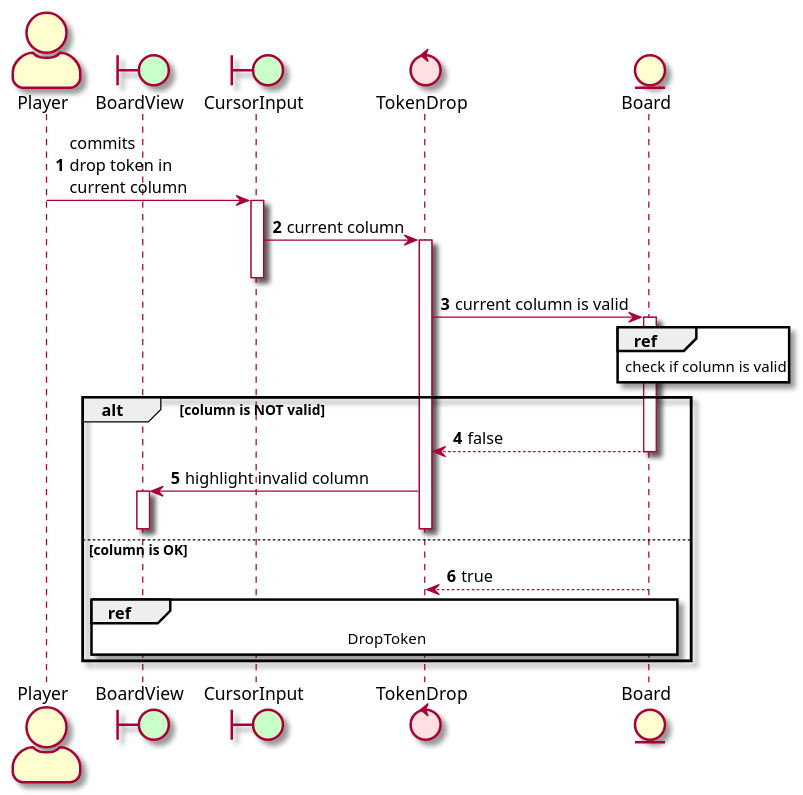
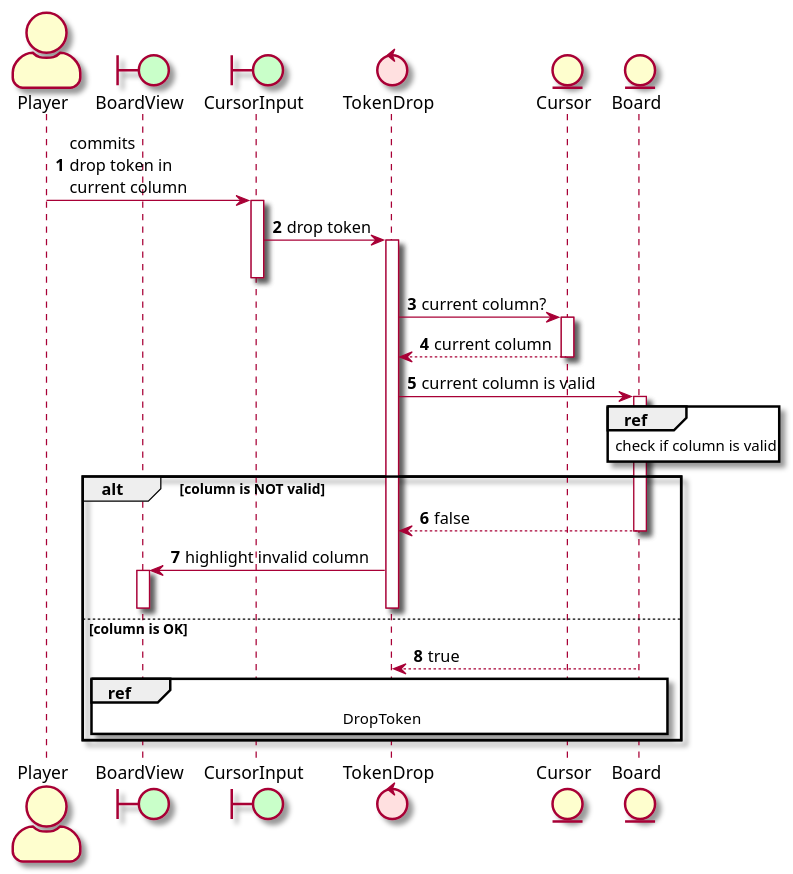
The diagram in Assets/Connect4/Documentation~/DropToken.puml (RicardoGuzmanVelasco/TDDpraxis), drawn with PlantUML before and after one commit. The commit also changed 4 other files, not shown here.

Commit message:
docs: update diagrams to include new cursor abstraction

```diff
--- a/Assets/Connect4/Documentation~/DropToken.puml
+++ b/Assets/Connect4/Documentation~/DropToken.puml
@@ -1,31 +1,34 @@
 @startuml
 skin rose
 skinparam actorstyle awesome
 autonumber
 autoactivate on
 
 actor Player
 boundary BoardView #technology
 boundary CursorInput #technology
 control TokenDrop #implementation
+entity Cursor
 entity Board
 
 Player -> CursorInput : commits\ndrop token in\ncurrent column
-CursorInput -> TokenDrop : current column
+CursorInput -> TokenDrop : drop token
 deactivate CursorInput
+TokenDrop -> Cursor : current column?
+return current column
 TokenDrop -> Board : current column is valid
 ref over Board
     check if column is valid
 end ref
 alt column is NOT valid
     return false 
     TokenDrop -> BoardView : highlight invalid column
     deactivate TokenDrop
     deactivate BoardView
 else column is OK
     Board --> TokenDrop : true
     ref over BoardView, Board
         DropToken
     end ref
 end
 @enduml
```
